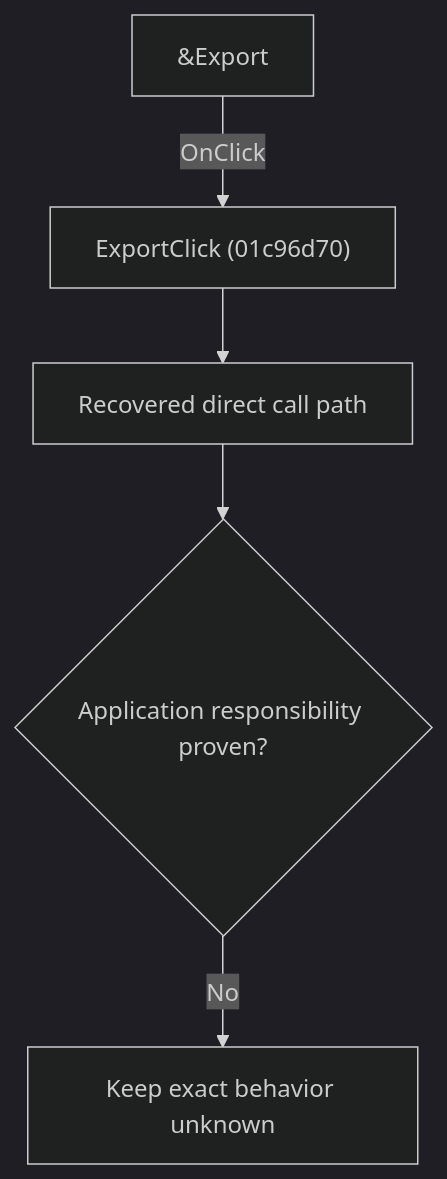
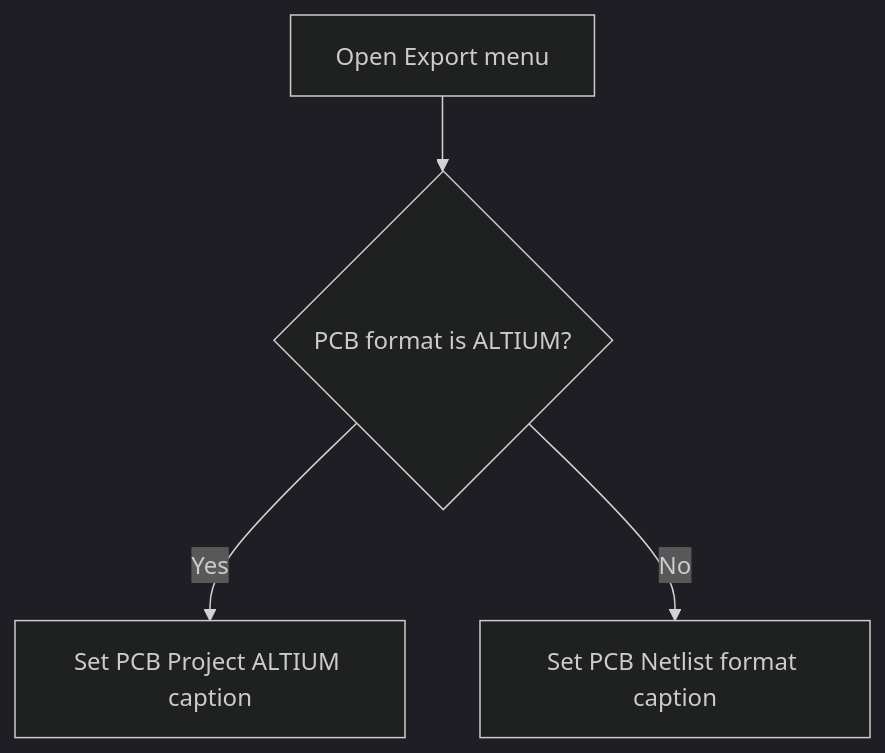
One commit to MovGP0/TIARA changed the diagram in docs/ui-controls/schematiceditor/export-ee2ca28a6d.md. Above: the diagram before and after it, drawn with Mermaid (dark theme). The commit also changed other lines of this file and 241 other files, not shown here.

````diff
--- a/docs/ui-controls/schematiceditor/export-ee2ca28a6d.md
+++ b/docs/ui-controls/schematiceditor/export-ee2ca28a6d.md
@@ -27,7 +27,6 @@
 ```mermaid
 flowchart TD
-    control["&Export"] -->|"OnClick"| handler["ExportClick (01c96d70)"]
-    handler --> recovered["Recovered direct call path"]
-    recovered --> gap{"Application responsibility proven?"}
-    gap -->|"No"| blocked["Keep exact behavior unknown"]
+    control["Open Export menu"] --> format{"PCB format is ALTIUM?"}
+    format -->|"Yes"| project["Set PCB Project ALTIUM caption"]
+    format -->|"No"| netlist["Set PCB Netlist format caption"]
 ```
````
